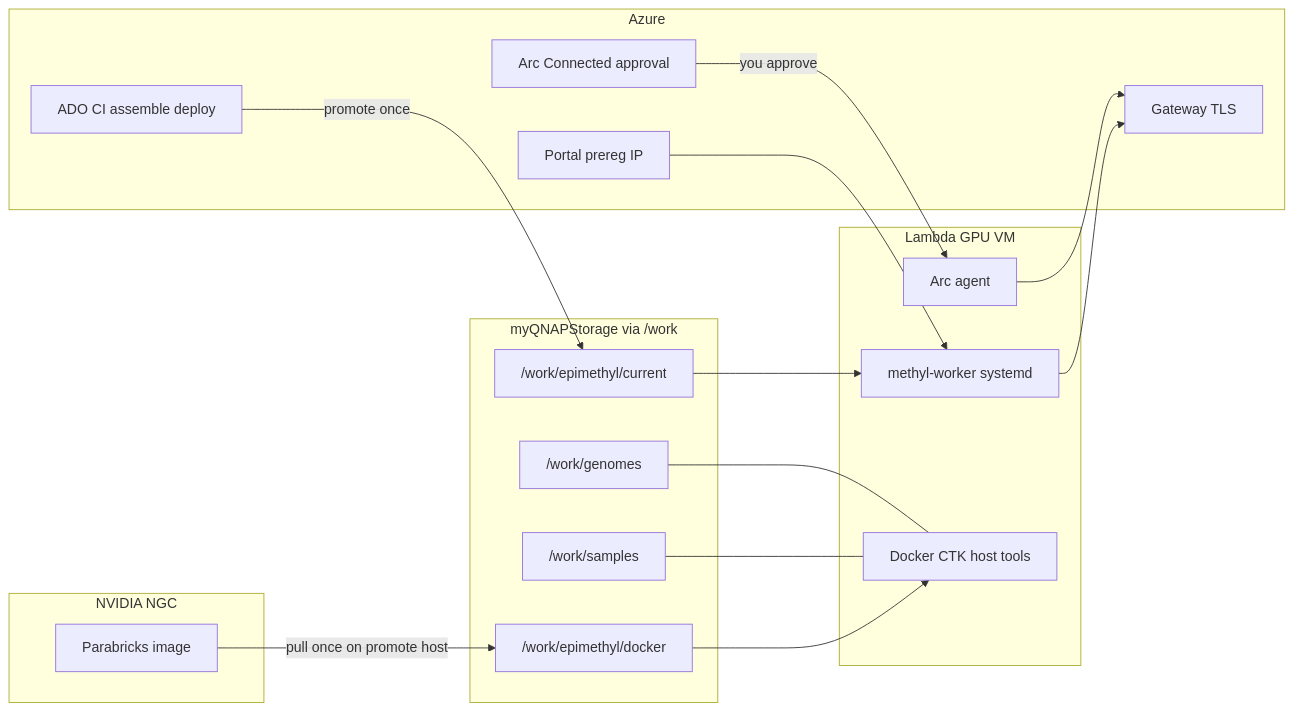
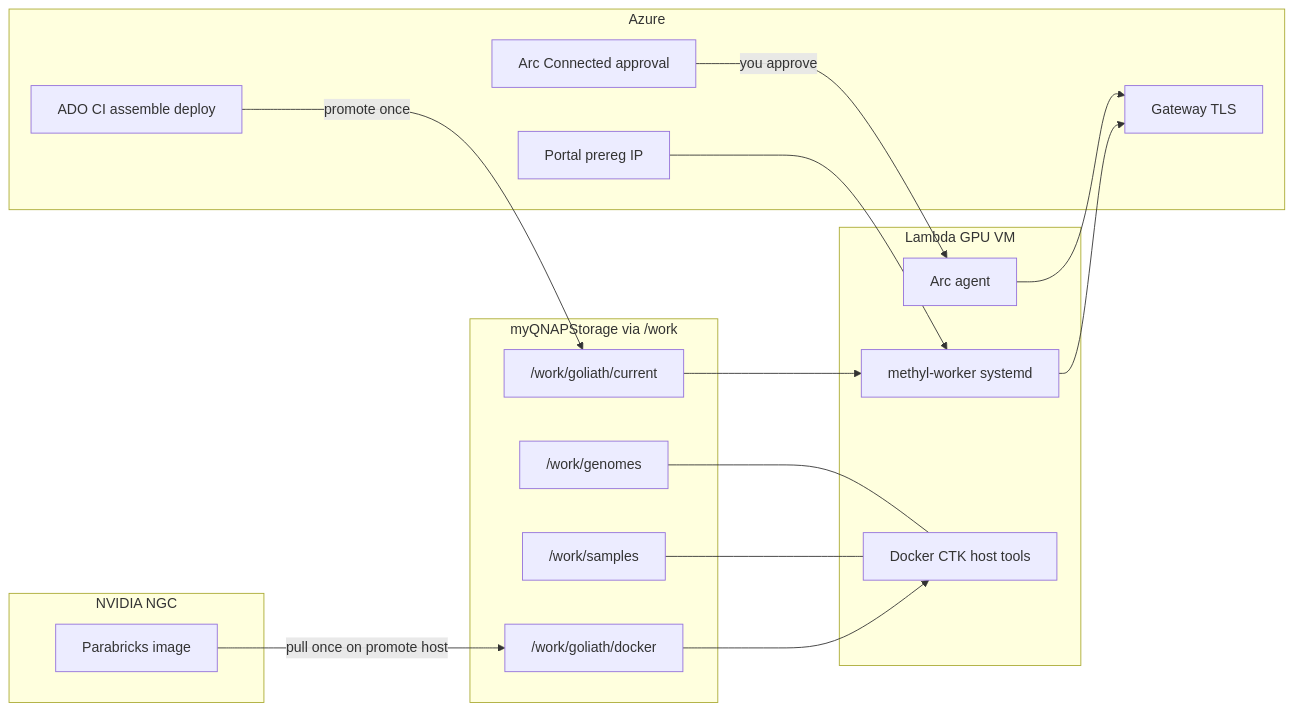
One commit to Goliath-Research/GoliathWorkflow changed the diagram in docs/plans/lambda-worker-join.plan.md. Above: the diagram before and after it, drawn with Mermaid. The commit also changed other lines of this file and 272 other files, not shown here.

````diff
--- a/docs/plans/lambda-worker-join.plan.md
+++ b/docs/plans/lambda-worker-join.plan.md
@@ -52,34 +52,34 @@
 ```mermaid
 flowchart LR
   subgraph azure [Azure]
     CI[ADO CI assemble deploy]
     Arc[Arc Connected approval]
     Portal[Portal prereg IP]
     Gw[Gateway TLS]
   end
   subgraph qnap [myQNAPStorage via /work]
-    Rel["/work/epimethyl/current"]
+    Rel["/work/goliath/current"]
     Gen["/work/genomes"]
     Sam["/work/samples"]
-    Dock["/work/epimethyl/docker"]
+    Dock["/work/goliath/docker"]
   end
   subgraph ngc [NVIDIA NGC]
     Pb[Parabricks image]
   end
   subgraph vm [Lambda GPU VM]
     Local[Docker CTK host tools]
     Agent[Arc agent]
     Worker[methyl-worker systemd]
   end
 
   CI -->|promote once| Rel
   Pb -->|pull once on promote host| Dock
   Gen --- Local
   Sam --- Local
   Rel --> Worker
   Dock --> Local
   Portal --> Worker
   Arc -->|you approve| Agent
   Agent --> Gw
   Worker --> Gw
 ```
````
